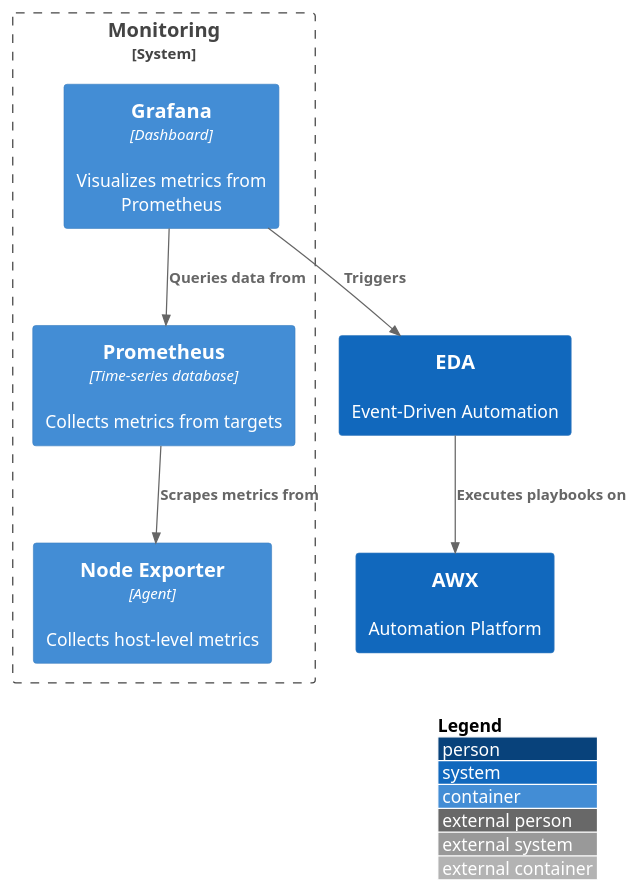
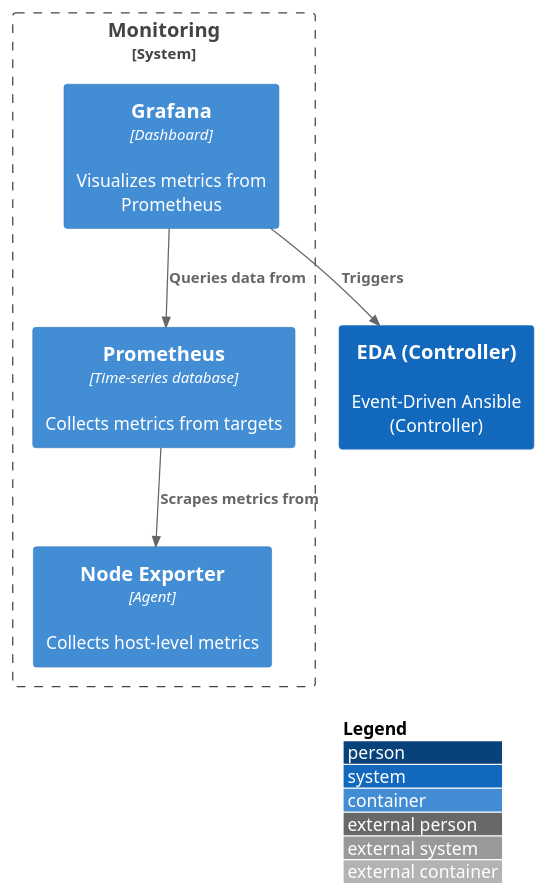
One commit to mansunkuo/hello-world-2025 changed the third of 3 diagrams in README.md. Above: the diagram before and after it, drawn with PlantUML. The commit also changed other lines of this file and 2 other files, not shown here.

````diff
--- a/README.md
+++ b/README.md
@@ -72,23 +75,21 @@
 ```plantuml
 @startuml
 !include https://raw.githubusercontent.com/plantuml-stdlib/C4-PlantUML/master/C4_Container.puml
 
 LAYOUT_WITH_LEGEND()
 
 ' Define the systems
 System_Boundary(monitoring, "Monitoring"){
     Container(prometheus, "Prometheus", "Time-series database", "Collects metrics from targets")
     Container(grafana, "Grafana", "Dashboard", "Visualizes metrics from Prometheus")
     Container(node_exporter, "Node Exporter", "Agent", "Collects host-level metrics")    
 }
-System(awx, "AWX", "Automation Platform")
-System(eda, "EDA", "Event-Driven Automation")
+System(eda, "EDA (Controller)", "Event-Driven Ansible (Controller)")
 
 ' Define relationships
-Rel(eda, awx, "Executes playbooks on")
 Rel(prometheus, node_exporter, "Scrapes metrics from")
 Rel(grafana, prometheus, "Queries data from")
 Rel(grafana, eda, "Triggers")
 
 @enduml
 ```
````
